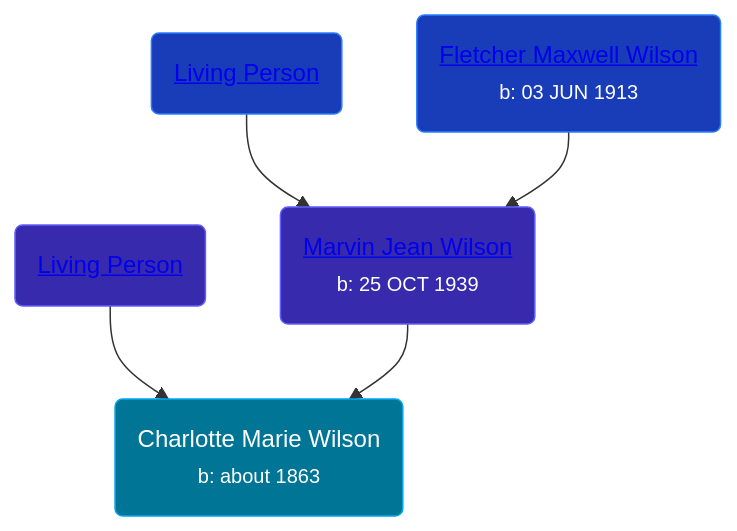
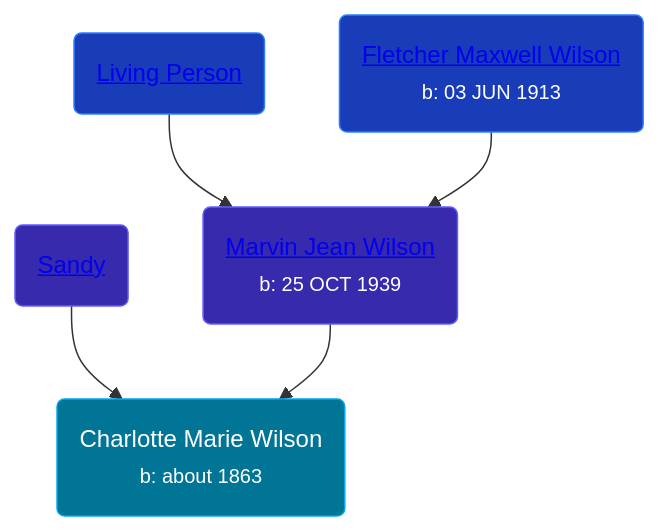
The diagram in pages/people/1/13972960.md (wpmgotkh/wpmgotkh.github.io), drawn with Mermaid before and after one commit. The commit also changed other lines of this file and 586 other files, not shown here.

Commit message:
feat: better shouldConsiderPersonLiving algo

````diff
--- a/pages/people/1/13972960.md
+++ b/pages/people/1/13972960.md
@@ -10,11 +10,11 @@
 ```mermaid
 graph
 classDef grands fill:#193cb8,stroke:#2b7fff,stroke-width:1px,color:#fff;
 classDef parents fill:#372aac,stroke:#615fff,stroke-width:1px,color:#fff;
 classDef primary fill:#007595,stroke:#00a6f4,stroke-width:1px,color:#fff;
 13972960(Charlotte Marie Wilson<br /><small>b: about 1863</small>):::primary
-30798033(<a class="text-white" href="/people/3/30798033">Living Person</a>):::parents-->13972960
+30798033(<a class="text-white" href="/people/3/30798033">Sandy </a>):::parents-->13972960
 40728128(<a class="text-white" href="/people/4/40728128">Marvin Jean Wilson</a><br /><small>b: 25 OCT 1939</small>):::parents-->13972960
 1324224(<a class="text-white" href="/people/1/1324224">Living Person</a>):::grands-->40728128
 32597724(<a class="text-white" href="/people/3/32597724">Fletcher Maxwell Wilson</a><br /><small>b: 03 JUN 1913</small>):::grands-->40728128
 ```
````
